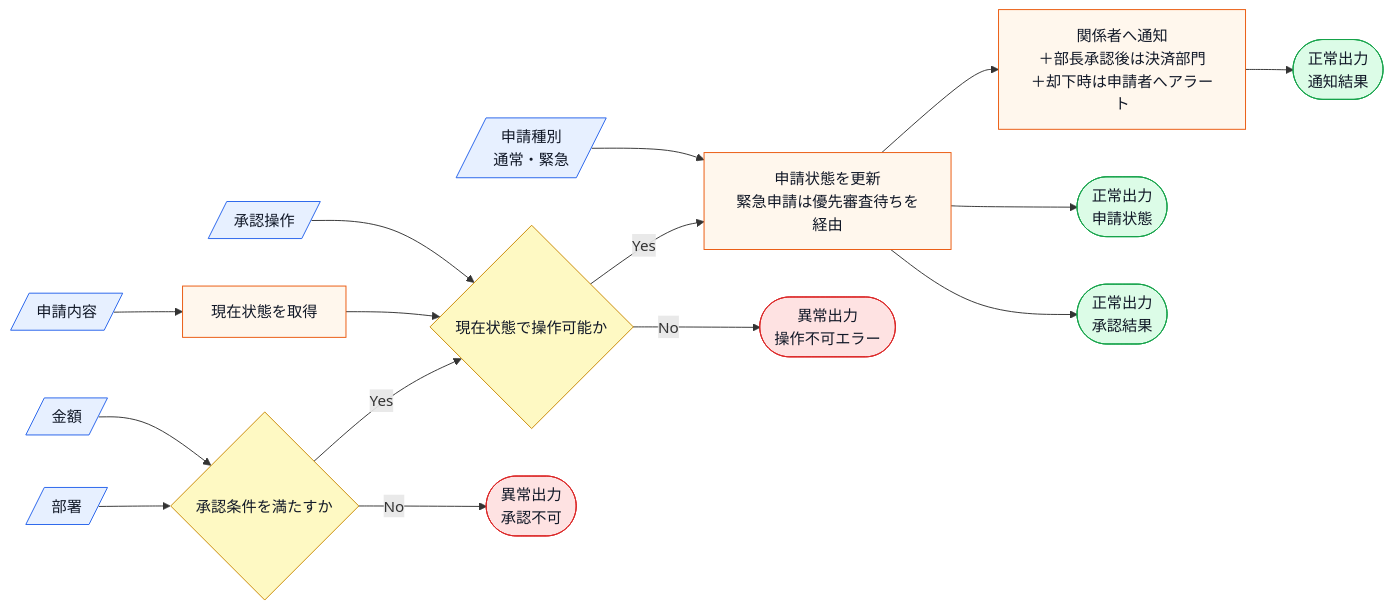
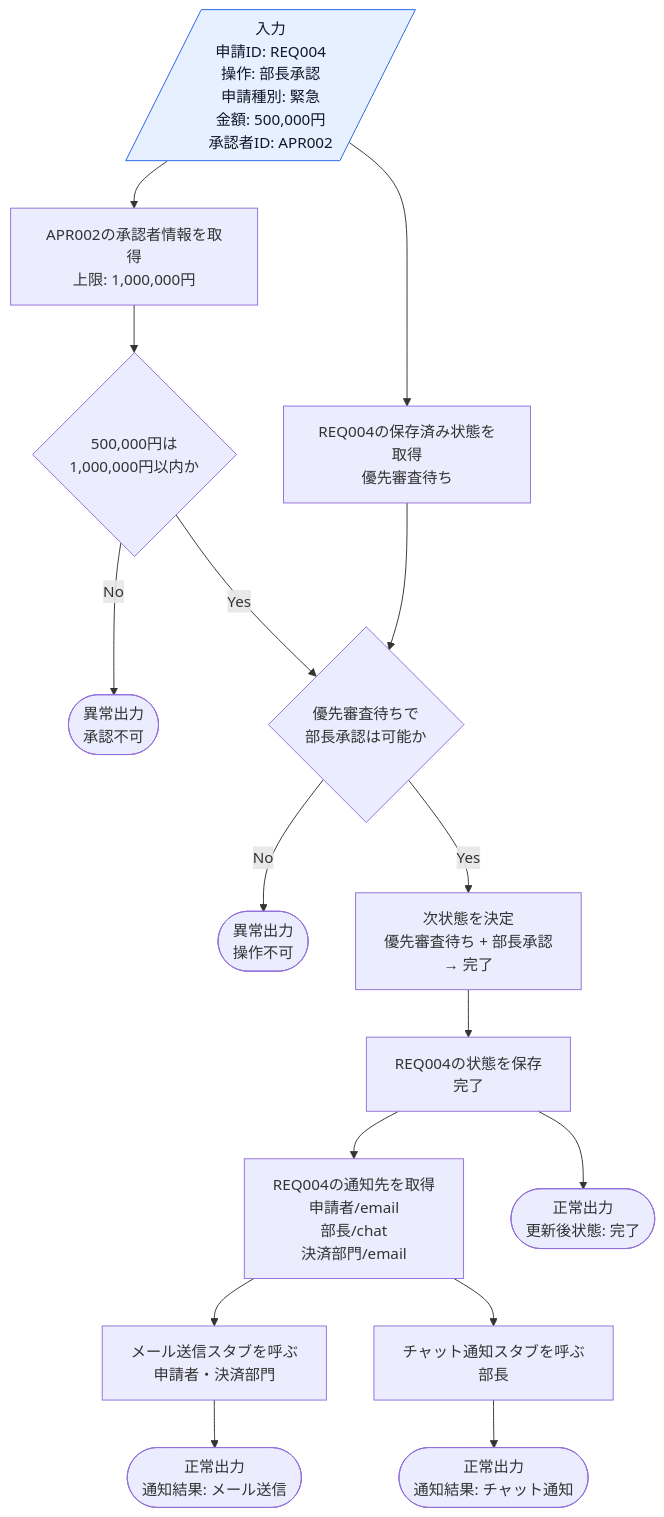
Before and after one commit to kumachan1101-pixel/DesignPattern: the sixth of 12 diagrams in kindle/design-patterns/output/chapter12.md, drawn with Mermaid. The commit also changed other lines of this file and 1 other file, not shown here.

Commit message:
fix: 第12章の仕様整理図を具体値の流れに修正

````diff
--- a/kindle/design-patterns/output/chapter12.md
+++ b/kindle/design-patterns/output/chapter12.md
@@ -470,23 +471,25 @@
 ```mermaid
-flowchart LR
-    A[/申請内容/]:::input --> B[現在状態を取得]:::process
-    S[/申請種別<br>通常・緊急/]:::input --> H
-    C[/金額/]:::input --> D{承認条件を満たすか}:::decision
-    E[/部署/]:::input --> D
-    F[/承認操作/]:::input --> G{現在状態で操作可能か}:::decision
-    B --> G
-    D -->|Yes| G
-    G -->|Yes| H[申請状態を更新<br>緊急申請は優先審査待ちを経由]:::process
-    H --> I[関係者へ通知<br>＋部長承認後は決済部門<br>＋却下時は申請者へアラート]:::process
-    H --> J([正常出力<br>申請状態]):::normal
-    H --> K([正常出力<br>承認結果]):::normal
-    I --> L([正常出力<br>通知結果]):::normal
-    D -->|No| M([異常出力<br>承認不可]):::error
-    G -->|No| N([異常出力<br>操作不可エラー]):::error
+flowchart TD
+    A[/入力<br>申請ID: REQ004<br>操作: 部長承認<br>申請種別: 緊急<br>金額: 500,000円<br>承認者ID: APR002/]:::input
+    A --> B[REQ004の保存済み状態を取得<br>優先審査待ち]
+    A --> C[APR002の承認者情報を取得<br>上限: 1,000,000円]
+    C --> D{500,000円は<br>1,000,000円以内か}
+    D -->|No| X([異常出力<br>承認不可])
+    B --> E{優先審査待ちで<br>部長承認は可能か}
+    D -->|Yes| E
+    E -->|No| Y([異常出力<br>操作不可])
+    E -->|Yes| F[次状態を決定<br>優先審査待ち + 部長承認<br>→ 完了]
+    F --> G[REQ004の状態を保存<br>完了]
+    G --> H[REQ004の通知先を取得<br>申請者/email<br>部長/chat<br>決済部門/email]
+    H --> I[メール送信スタブを呼ぶ<br>申請者・決済部門]
+    H --> J[チャット通知スタブを呼ぶ<br>部長]
+    G --> K([正常出力<br>更新後状態: 完了])
+    I --> L([正常出力<br>通知結果: メール送信])
+    J --> M([正常出力<br>通知結果: チャット通知])
 
     classDef input fill:#e7f0ff,stroke:#2563eb,color:#111827;
     classDef process fill:#fff7ed,stroke:#ea580c,color:#111827;
     classDef decision fill:#fef9c3,stroke:#ca8a04,color:#111827;
     classDef normal fill:#dcfce7,stroke:#16a34a,color:#111827;
     classDef error fill:#fee2e2,stroke:#dc2626,color:#111827;
 ```
````
